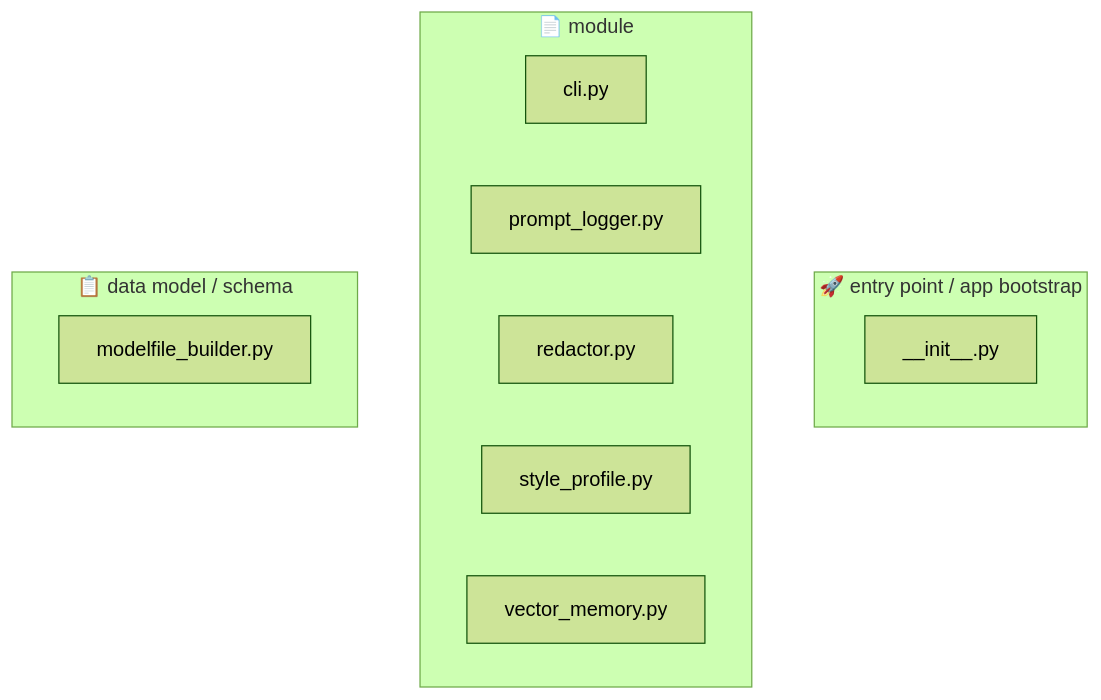
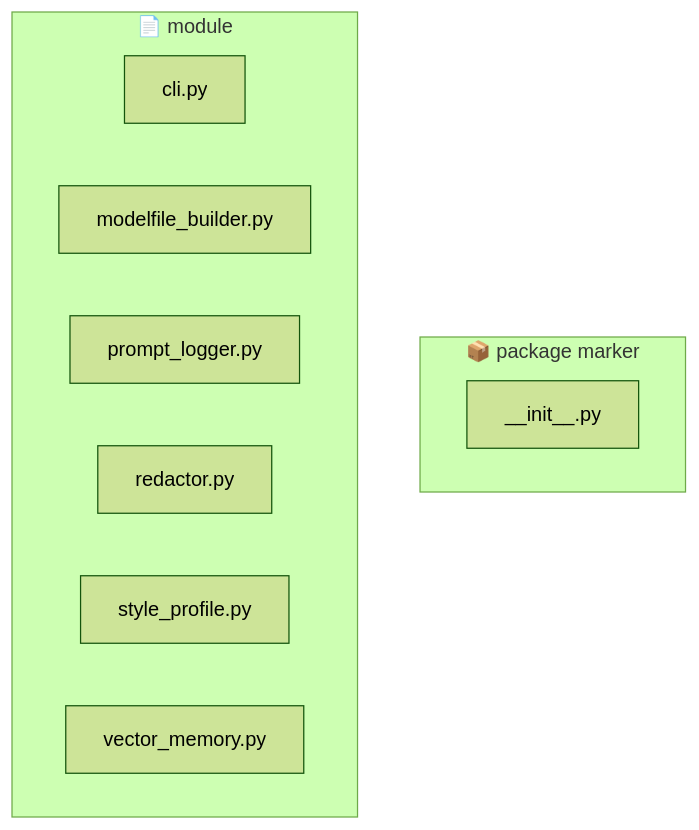
One commit to PraveenAsthana123/circuitRAG changed the third of 8 diagrams in personalization/README.md. Above: the diagram before and after it, drawn with Mermaid (forest theme). The commit also changed other lines of this file and 23 other files, not shown here.

````diff
--- a/personalization/README.md
+++ b/personalization/README.md
@@ -127,16 +161,14 @@
 ```mermaid
 flowchart TB
-    subgraph __entry_point___app_bootstrap["🚀 entry point / app bootstrap"]
+    subgraph __package_marker["📦 package marker"]
         __init___py["__init__.py"]
     end
     subgraph __module["📄 module"]
         cli_py["cli.py"]
+        modelfile_builder_py["modelfile_builder.py"]
         prompt_logger_py["prompt_logger.py"]
         redactor_py["redactor.py"]
         style_profile_py["style_profile.py"]
         vector_memory_py["vector_memory.py"]
     end
-    subgraph __data_model___schema["📋 data model / schema"]
-        modelfile_builder_py["modelfile_builder.py"]
-    end
 ```
````
